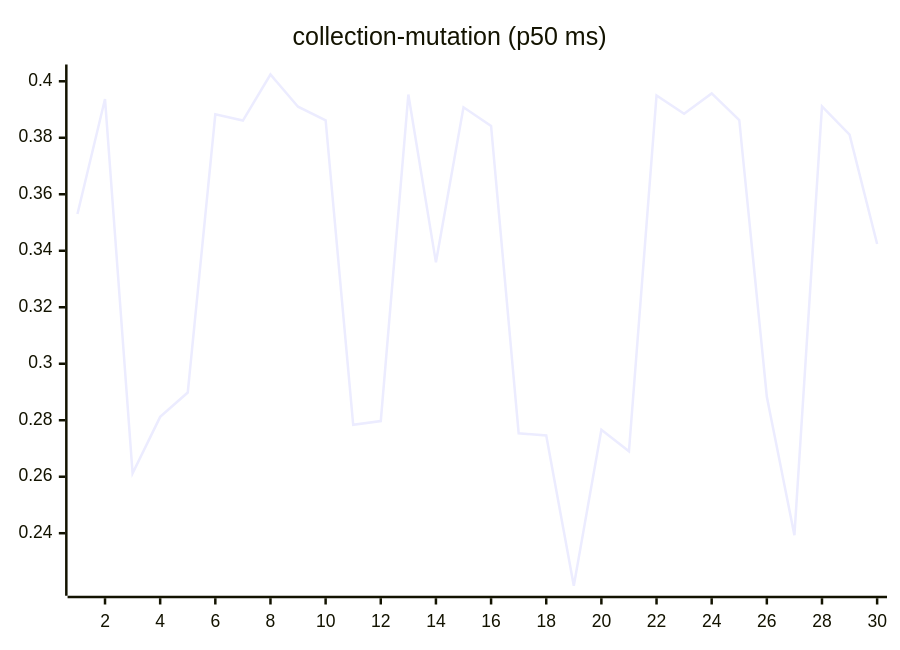
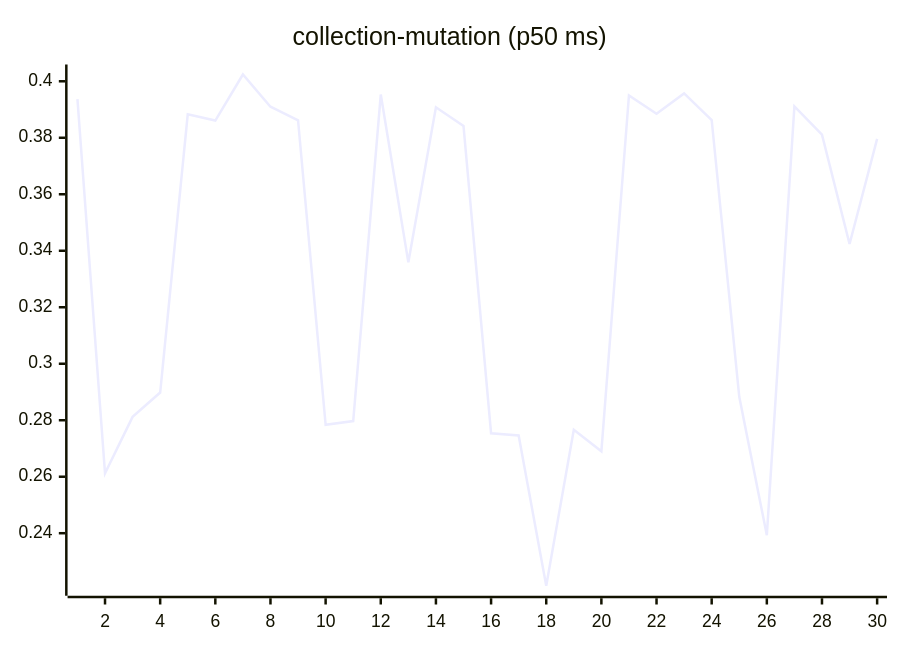
Before and after one commit to josha/Facet: the sixth of 27 diagrams in README.md, drawn with Mermaid. The commit also changed other lines of this file and 2 other files, not shown here.

````diff
--- a/README.md
+++ b/README.md
@@ -98,6 +98,6 @@
 ```mermaid
 xychart-beta
     title "collection-mutation (p50 ms)"
     x-axis 1 --> 30
-    line [0.3530, 0.3937, 0.2612, 0.2812, 0.2898, 0.3883, 0.3861, 0.4024, 0.3910, 0.3862, 0.2784, 0.2797, 0.3953, 0.3359, 0.3908, 0.3842, 0.2754, 0.2746, 0.2214, 0.2766, 0.2690, 0.3950, 0.3885, 0.3957, 0.3863, 0.2883, 0.2393, 0.3911, 0.3811, 0.3424]
+    line [0.3937, 0.2612, 0.2812, 0.2898, 0.3883, 0.3861, 0.4024, 0.3910, 0.3862, 0.2784, 0.2797, 0.3953, 0.3359, 0.3908, 0.3842, 0.2754, 0.2746, 0.2214, 0.2766, 0.2690, 0.3950, 0.3885, 0.3957, 0.3863, 0.2883, 0.2393, 0.3911, 0.3811, 0.3424, 0.3796]
 ```
````
